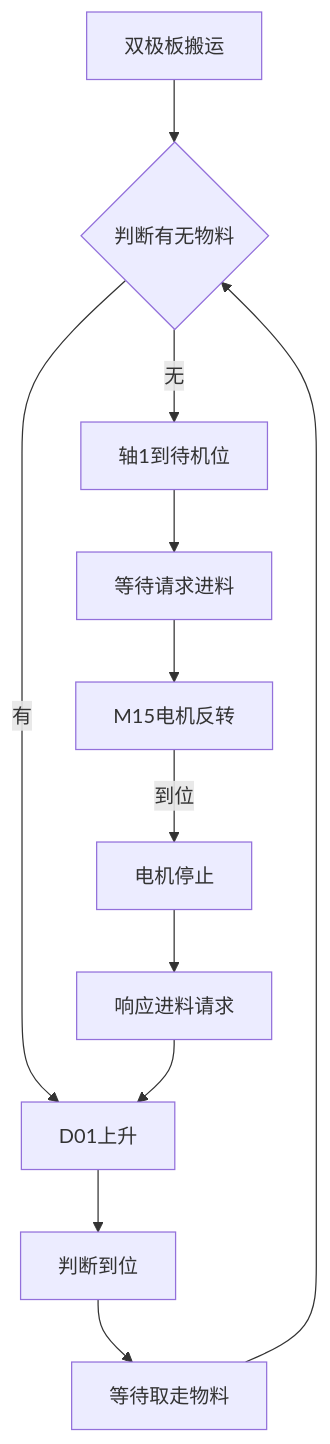
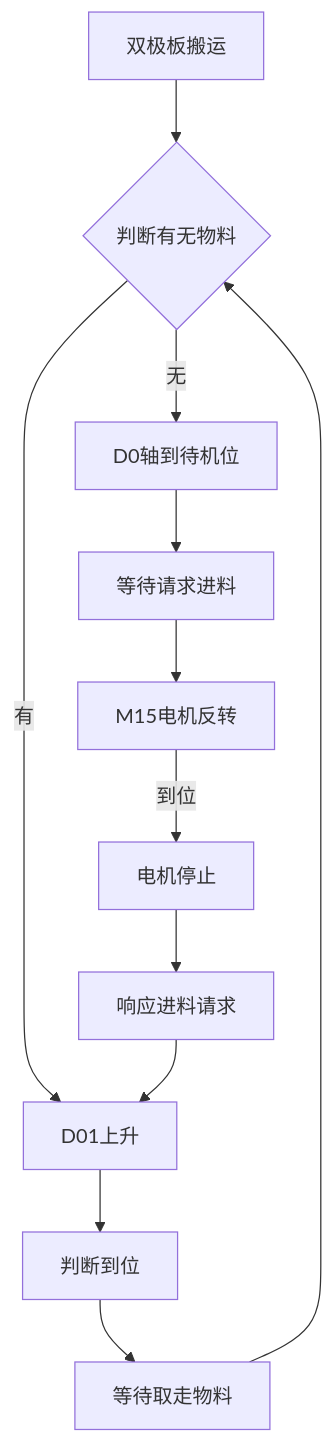
Before and after one commit to PengKun1/iodraw-files: the diagram in all/未命名-1.md, drawn with Mermaid.

Commit message:
2024-08-20 11:06:40 update

````diff
--- a/all/未命名-1.md
+++ b/all/未命名-1.md
@@ -1,14 +1,14 @@
 ```mermaid
 graph TD
 0[双极板搬运]-->10
 10{判断有无物料}-->|无|20
 10-->|有|70
-20[轴1到待机位]-->30
+20[D0轴到待机位]-->30
 30[等待请求进料]-->40
 40[M15电机反转]-->|到位|50
 50[电机停止]-->60
 60[响应进料请求]-->70
 70[D01上升]-->80
 80[判断到位]-->90
 90[等待取走物料]-->10
 ```
````
